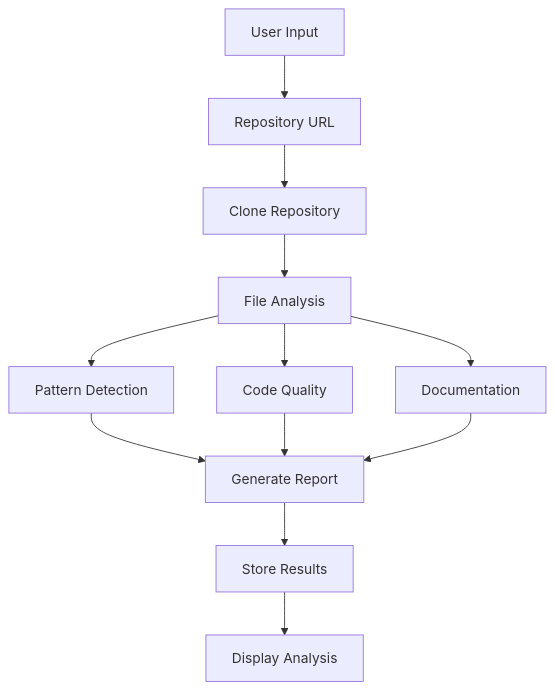
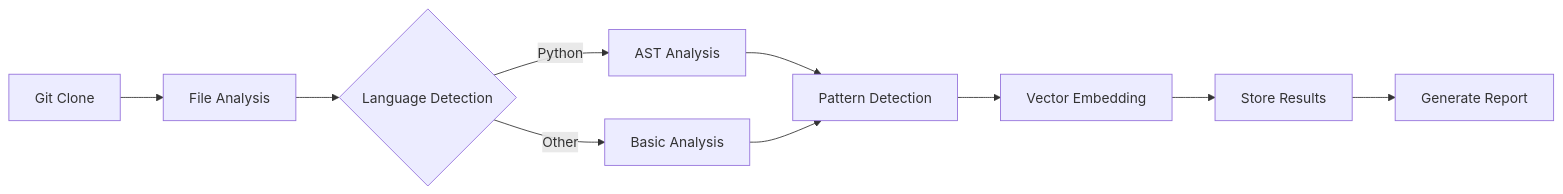
Before and after one commit to ALehav1/RepoAnalyzer: the first of 14 diagrams in README.md, drawn with Mermaid. The commit also changed other lines of this file, not shown here.

First line of the commit message:
docs: enhance README with comprehensive system diagrams and documentation

````diff
--- a/README.md
+++ b/README.md
@@ -597,12 +131,12 @@
 ```mermaid
-graph TD
-    A[User Input] --> B[Repository URL]
-    B --> C[Clone Repository]
-    C --> D[File Analysis]
-    D --> E[Pattern Detection]
-    D --> F[Code Quality]
-    D --> G[Documentation]
-    E & F & G --> H[Generate Report]
-    H --> I[Store Results]
-    I --> J[Display Analysis]
+graph LR
+    A[Git Clone] --> B[File Analysis]
+    B --> C{Language Detection}
+    C -->|Python| D[AST Analysis]
+    C -->|Other| E[Basic Analysis]
+    D --> F[Pattern Detection]
+    E --> F
+    F --> G[Vector Embedding]
+    G --> H[Store Results]
+    H --> I[Generate Report]
 ```
````
